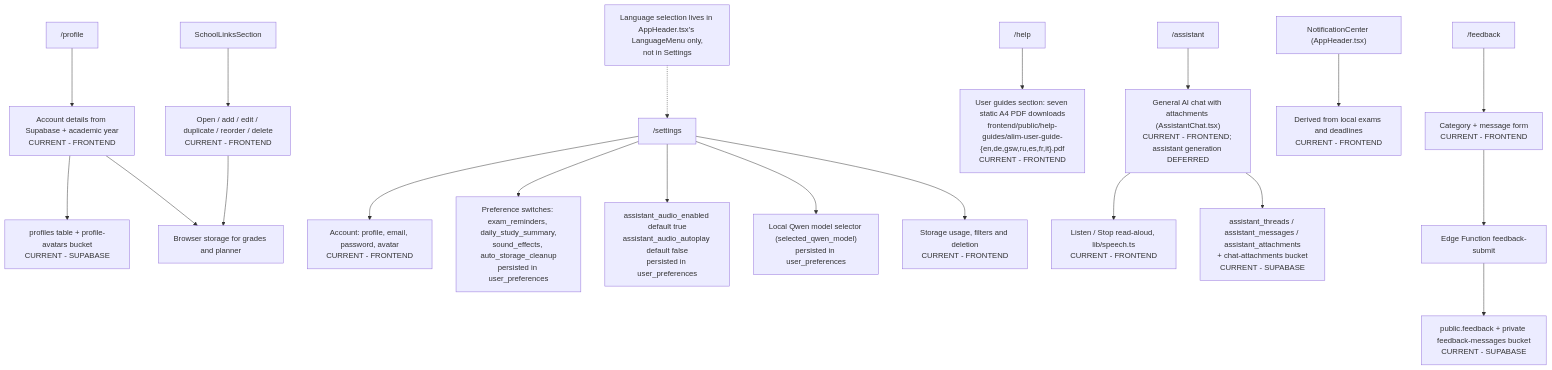
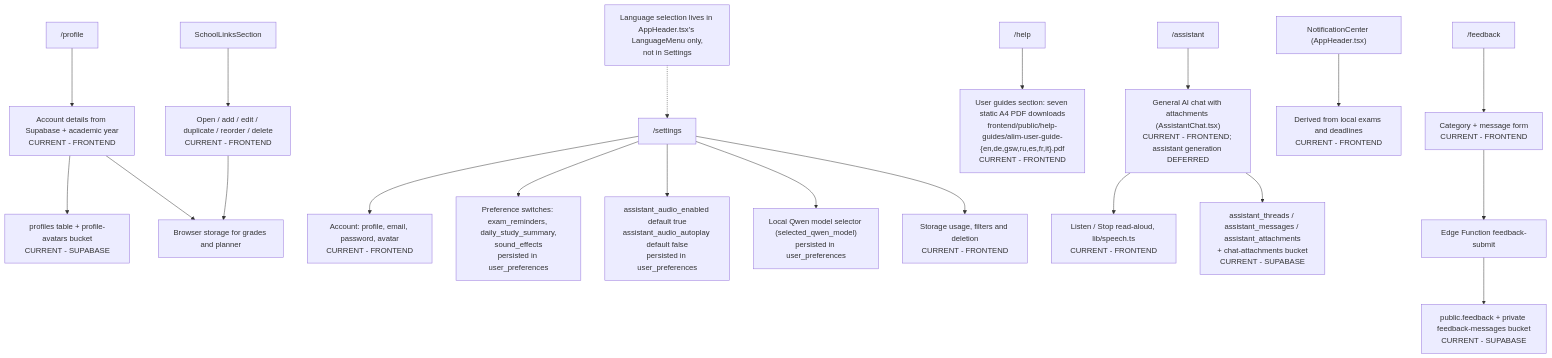
The diagram in lovabledocs/wireframes/14-supporting-screens.mmd (keyshavmor/study-swiss-star), drawn with Mermaid before and after one commit. The commit also changed 53 other files, not shown here.

```diff
--- a/lovabledocs/wireframes/14-supporting-screens.mmd
+++ b/lovabledocs/wireframes/14-supporting-screens.mmd
@@ -1,22 +1,22 @@
 %% /profile, /settings, /assistant, /help, /feedback. Corrected: no Contact support CTA,
 %% no demo mode, seven Help PDFs, language selection lives in the header not Settings.
 flowchart TD
   Profile["/profile"] --> ProfileData["Account details from Supabase + academic year<br/>CURRENT - FRONTEND"]
   ProfileData --> Acct["profiles table + profile-avatars bucket<br/>CURRENT - SUPABASE"]
   ProfileData --> Local["Browser storage for grades and planner"]
   Settings["/settings"] --> Account["Account: profile, email, password, avatar<br/>CURRENT - FRONTEND"]
-  Settings --> Toggles["Preference switches: exam_reminders, daily_study_summary,<br/>sound_effects, auto_storage_cleanup<br/>persisted in user_preferences"]
+  Settings --> Toggles["Preference switches: exam_reminders, daily_study_summary,<br/>sound_effects<br/>persisted in user_preferences"]
   Settings --> Audio["assistant_audio_enabled default true<br/>assistant_audio_autoplay default false<br/>persisted in user_preferences"]
   Settings --> Model["Local Qwen model selector (selected_qwen_model)<br/>persisted in user_preferences"]
   Settings --> Storage["Storage usage, filters and deletion<br/>CURRENT - FRONTEND"]
   NoteLang["Language selection lives in AppHeader.tsx's LanguageMenu only,<br/>not in Settings"] -.-> Settings
   Assistant["/assistant"] --> AssistantData["General AI chat with attachments (AssistantChat.tsx)<br/>CURRENT - FRONTEND; assistant generation DEFERRED"]
   AssistantData --> Speech["Listen / Stop read-aloud, lib/speech.ts<br/>CURRENT - FRONTEND"]
   AssistantData --> AssistantDB["assistant_threads / assistant_messages / assistant_attachments<br/>+ chat-attachments bucket<br/>CURRENT - SUPABASE"]
   Help["/help"] --> Guides["User guides section: seven static A4 PDF downloads<br/>frontend/public/help-guides/alim-user-guide-{en,de,gsw,ru,es,fr,it}.pdf<br/>CURRENT - FRONTEND"]
   Feedback["/feedback"] --> Form["Category + message form<br/>CURRENT - FRONTEND"]
   Form --> FeedbackFn["Edge Function feedback-submit"]
   FeedbackFn --> FeedbackDB["public.feedback + private feedback-messages bucket<br/>CURRENT - SUPABASE"]
   Notifications["NotificationCenter (AppHeader.tsx)"] --> Derived["Derived from local exams and deadlines<br/>CURRENT - FRONTEND"]
   SchoolLinks["SchoolLinksSection"] --> LinkCRUD["Open / add / edit / duplicate / reorder / delete<br/>CURRENT - FRONTEND"]
   LinkCRUD --> Local
```
